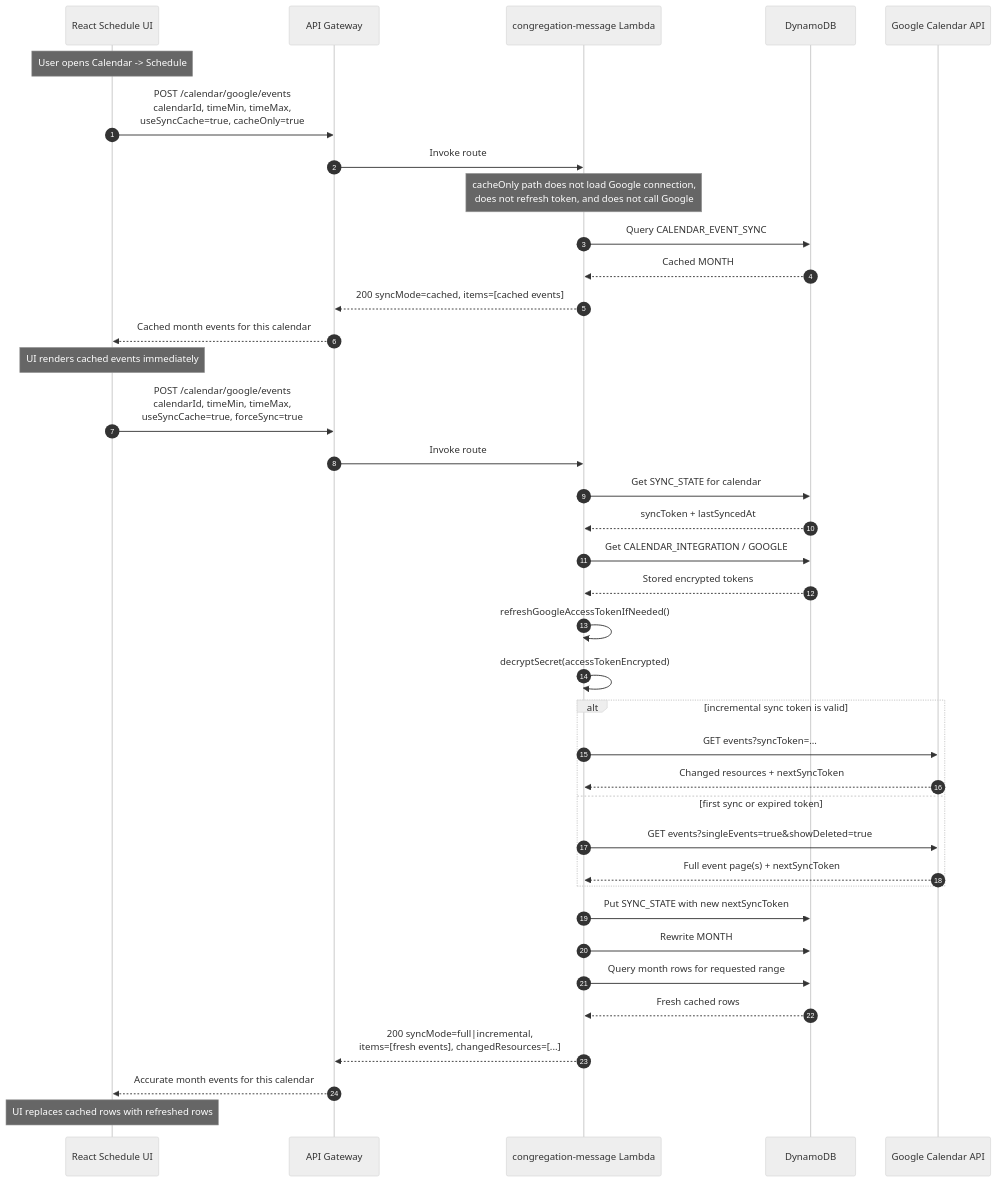
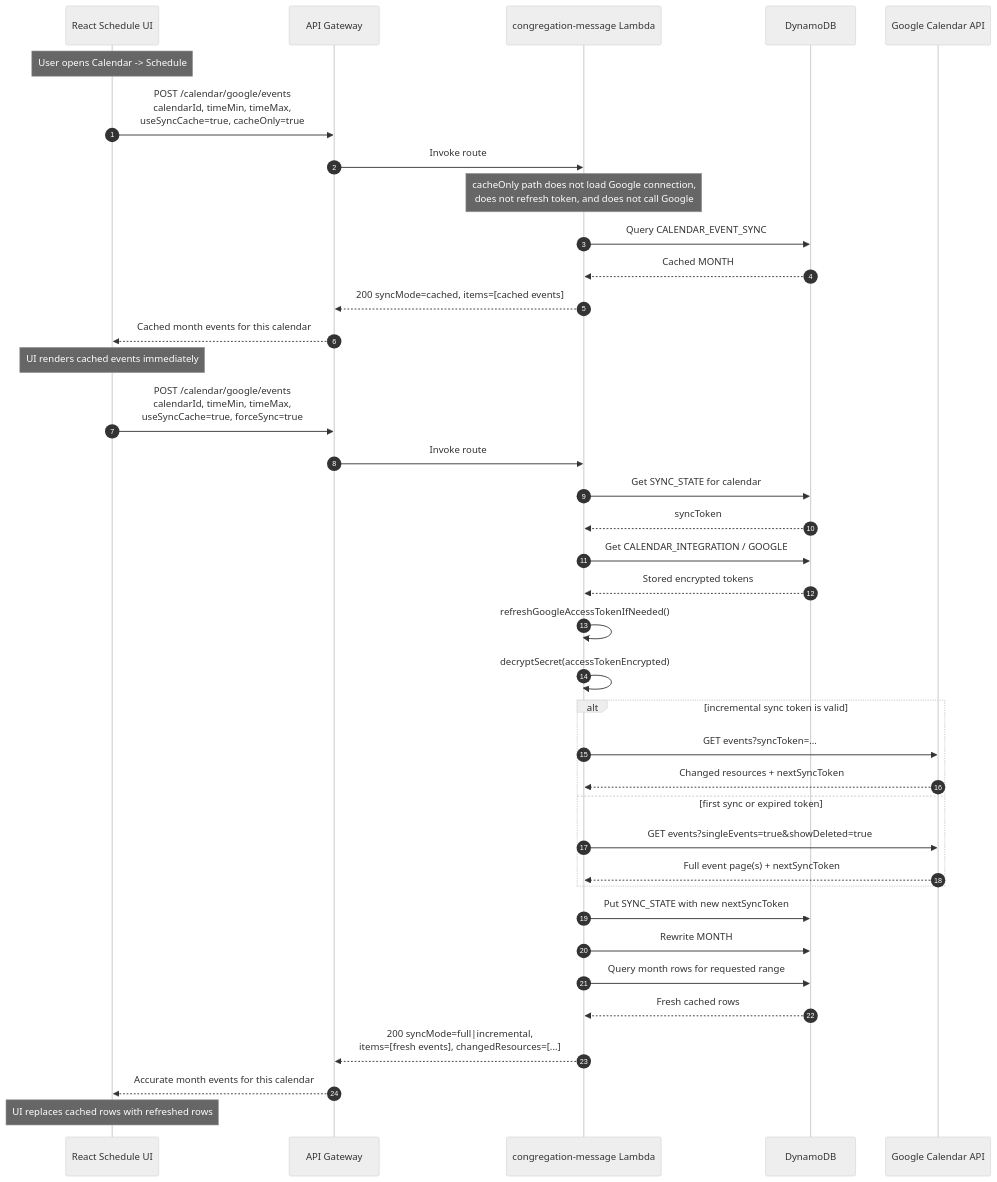
One commit to bassemvictor/shepherd-hub changed the diagram in README.md. Above: the diagram before and after it, drawn with Mermaid (neutral theme). The commit also changed other lines of this file and 7 other files, not shown here.

````diff
--- a/README.md
+++ b/README.md
@@ -205,42 +204,42 @@
 ```mermaid
 sequenceDiagram
     autonumber
     participant UI as React Schedule UI
     participant API as API Gateway
     participant Lambda as congregation-message Lambda
     participant Dynamo as DynamoDB
     participant Google as Google Calendar API
 
     Note over UI: User opens Calendar -> Schedule
     UI->>API: POST /calendar/google/events<br/>calendarId, timeMin, timeMax,<br/>useSyncCache=true, cacheOnly=true
     API->>Lambda: Invoke route
     Note over Lambda: cacheOnly path does not load Google connection,<br/>does not refresh token, and does not call Google
     Lambda->>Dynamo: Query CALENDAR_EVENT_SYNC#userKey#calendarId<br/>month rows for requested range
     Dynamo-->>Lambda: Cached MONTH#yyyy-mm#chunk rows
     Lambda-->>API: 200 syncMode=cached, items=[cached events]
     API-->>UI: Cached month events for this calendar
     Note over UI: UI renders cached events immediately
 
     UI->>API: POST /calendar/google/events<br/>calendarId, timeMin, timeMax,<br/>useSyncCache=true, forceSync=true
     API->>Lambda: Invoke route
     Lambda->>Dynamo: Get SYNC_STATE for calendar
-    Dynamo-->>Lambda: syncToken + lastSyncedAt
+    Dynamo-->>Lambda: syncToken
     Lambda->>Dynamo: Get CALENDAR_INTEGRATION / GOOGLE#userKey
     Dynamo-->>Lambda: Stored encrypted tokens
     Lambda->>Lambda: refreshGoogleAccessTokenIfNeeded()
     Lambda->>Lambda: decryptSecret(accessTokenEncrypted)
     alt incremental sync token is valid
         Lambda->>Google: GET events?syncToken=...
         Google-->>Lambda: Changed resources + nextSyncToken
     else first sync or expired token
         Lambda->>Google: GET events?singleEvents=true&showDeleted=true
         Google-->>Lambda: Full event page(s) + nextSyncToken
     end
     Lambda->>Dynamo: Put SYNC_STATE with new nextSyncToken
     Lambda->>Dynamo: Rewrite MONTH#yyyy-mm#chunk cache rows
     Lambda->>Dynamo: Query month rows for requested range
     Dynamo-->>Lambda: Fresh cached rows
     Lambda-->>API: 200 syncMode=full|incremental,<br/>items=[fresh events], changedResources=[...]
     API-->>UI: Accurate month events for this calendar
     Note over UI: UI replaces cached rows with refreshed rows
 ```
````
